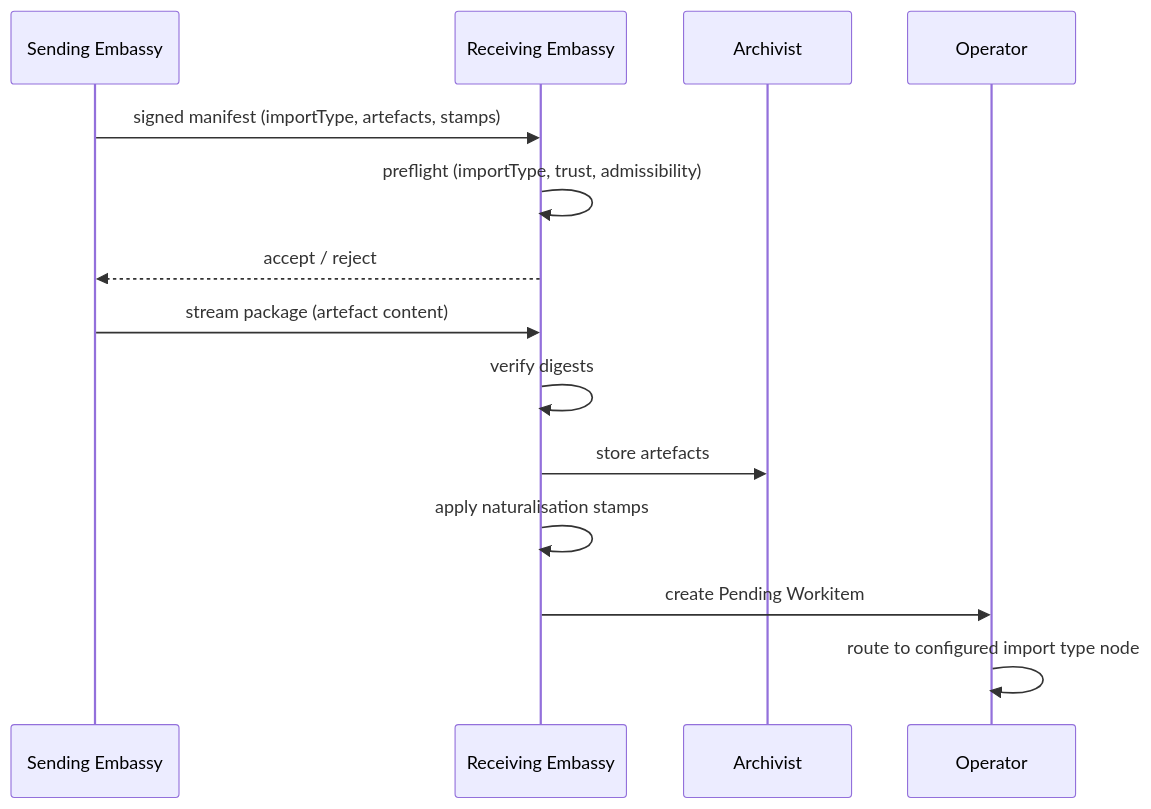
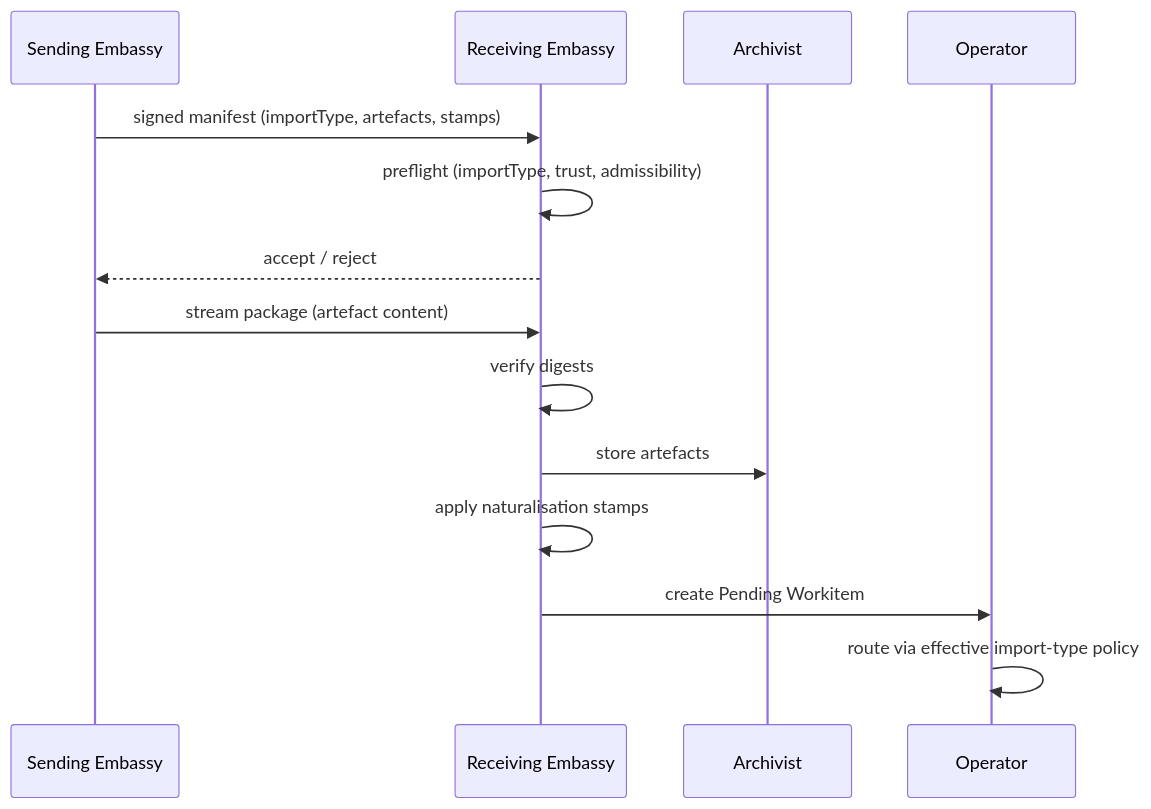
Before and after one commit to really-knows-ai/gideas: the first of 3 diagrams in specs/02-flow/06-cross-flow.md, drawn with Mermaid. The commit also changed other lines of this file and 43 other files, not shown here.

````diff
--- a/specs/02-flow/06-cross-flow.md
+++ b/specs/02-flow/06-cross-flow.md
@@ -33,17 +33,17 @@
 ```mermaid
 sequenceDiagram
     participant SE as Sending Embassy
     participant RE as Receiving Embassy
     participant AR as Archivist
     participant OP as Operator
 
     SE->>RE: signed manifest (importType, artefacts, stamps)
     RE->>RE: preflight (importType, trust, admissibility)
     RE-->>SE: accept / reject
     SE->>RE: stream package (artefact content)
     RE->>RE: verify digests
     RE->>AR: store artefacts
     RE->>RE: apply naturalisation stamps
     RE->>OP: create Pending Workitem
-    OP->>OP: route to configured import type node
+    OP->>OP: route via effective import-type policy
 ```
````
